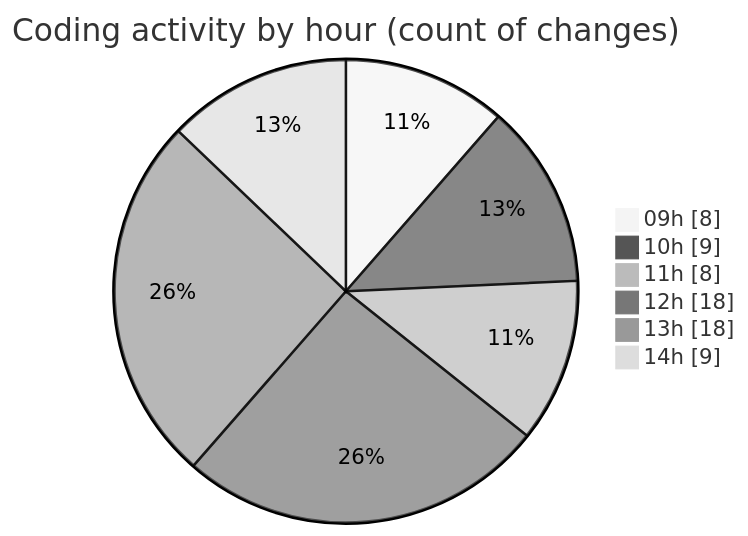
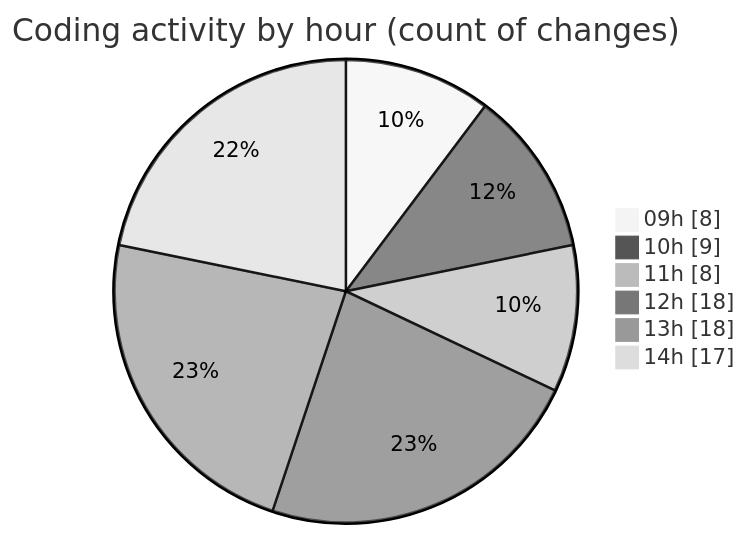
One commit to momahboobian/code-tracking changed the second of 2 diagrams in 2025-02-25/cda/README.md. Above: the diagram before and after it, drawn with Mermaid (neutral theme). The commit also changed other lines of this file and 1 other file, not shown here.

````diff
--- a/2025-02-25/cda/README.md
+++ b/2025-02-25/cda/README.md
@@ -44,10 +44,10 @@
 ```mermaid
 pie showData
 title Coding activity by hour (count of changes)
 "09h" : 8
 "10h" : 9
 "11h" : 8
 "12h" : 18
 "13h" : 18
-"14h" : 9
+"14h" : 17
 ```
````
